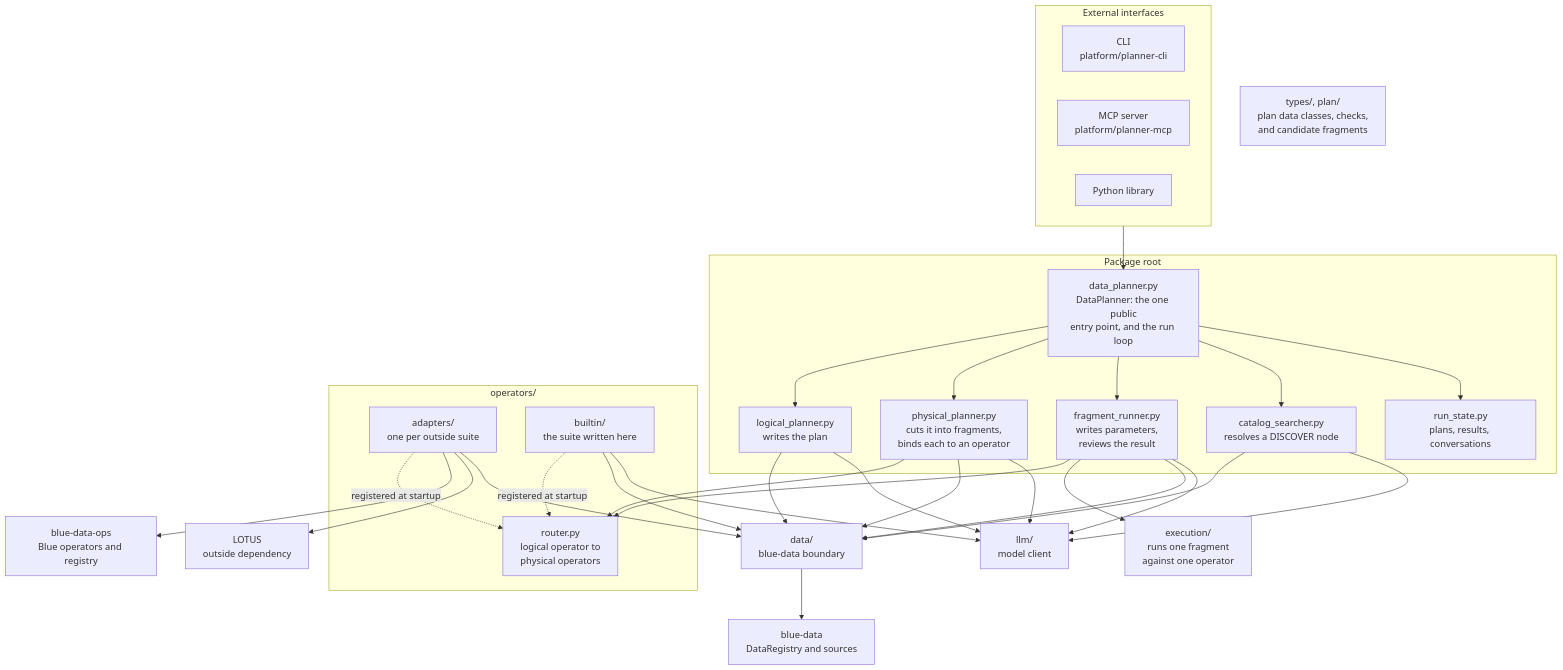
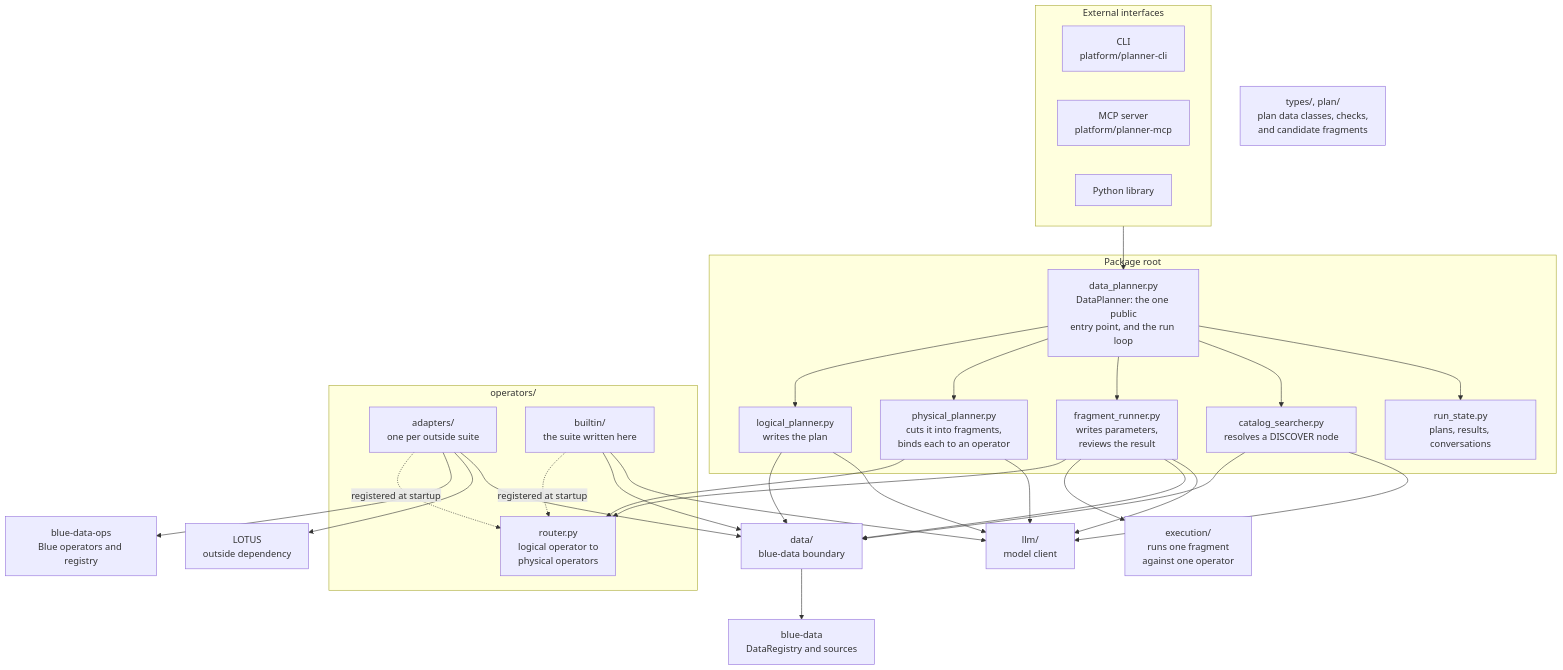
Before and after one commit to megagonlabs/blue-data-planner: the diagram in design/03-high-level-architecture.md, drawn with Mermaid. The commit also changed other lines of this file and 8 other files, not shown here.

````diff
--- a/design/03-high-level-architecture.md
+++ b/design/03-high-level-architecture.md
@@ -15,59 +15,58 @@
 ```mermaid
 flowchart TB
     subgraph interfaces ["External interfaces"]
         CLI["CLI<br/>platform/planner-cli"]
         MCP["MCP server<br/>platform/planner-mcp"]
         LIB["Python library"]
     end
 
     subgraph rootbox ["Package root"]
         ENTRY["data_planner.py<br/>DataPlanner: the one public<br/>entry point, and the run loop"]
         LOGICAL["logical_planner.py<br/>writes the plan"]
         PHYSICAL["physical_planner.py<br/>cuts it into fragments,<br/>binds each to an operator"]
         RUNNER["fragment_runner.py<br/>writes parameters,<br/>reviews the result"]
         SEARCH["catalog_searcher.py<br/>resolves a DISCOVER node"]
         STATE["run_state.py<br/>plans, results, conversations"]
     end
 
     EXEC["execution/<br/>runs one fragment<br/>against one operator"]
 
     SHARED["types/, plan/<br/>plan data classes, checks,<br/>and candidate fragments"]
 
     subgraph opsbox ["operators/"]
         ROUTER["router.py<br/>logical operator to<br/>physical operators"]
         ADAPT["adapters/<br/>one per outside suite"]
         BUILTIN["builtin/<br/>the suite written here"]
     end
 
     OPS["blue-data-ops<br/>Blue operators and registry"]
     LOTUS["LOTUS<br/>outside dependency"]
     DATA["data/<br/>blue-data boundary"]
     LLM["llm/<br/>model client"]
     BD["blue-data<br/>DataRegistry and sources"]
 
     interfaces --> ENTRY
     ENTRY --> LOGICAL
     ENTRY --> PHYSICAL
     ENTRY --> RUNNER
     ENTRY --> SEARCH
     ENTRY --> STATE
     PHYSICAL --> ROUTER
     RUNNER --> ROUTER
     RUNNER --> EXEC
     ADAPT -.->|"registered at startup"| ROUTER
     BUILTIN -.->|"registered at startup"| ROUTER
     ADAPT --> OPS
     ADAPT --> LOTUS
     ADAPT --> DATA
     BUILTIN --> DATA
     BUILTIN --> LLM
     LOGICAL --> DATA
-    PHYSICAL --> DATA
     RUNNER --> DATA
     SEARCH --> DATA
     LOGICAL --> LLM
     PHYSICAL --> LLM
     RUNNER --> LLM
     SEARCH --> LLM
     DATA --> BD
 ```
````
